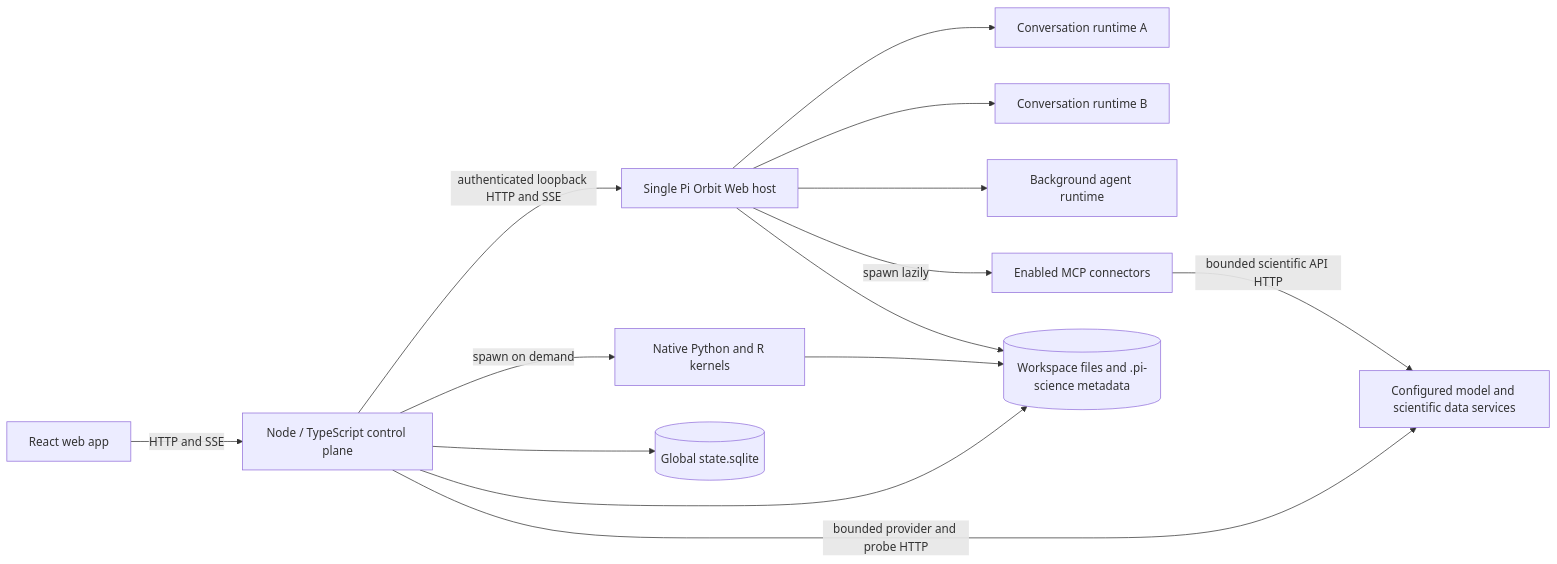
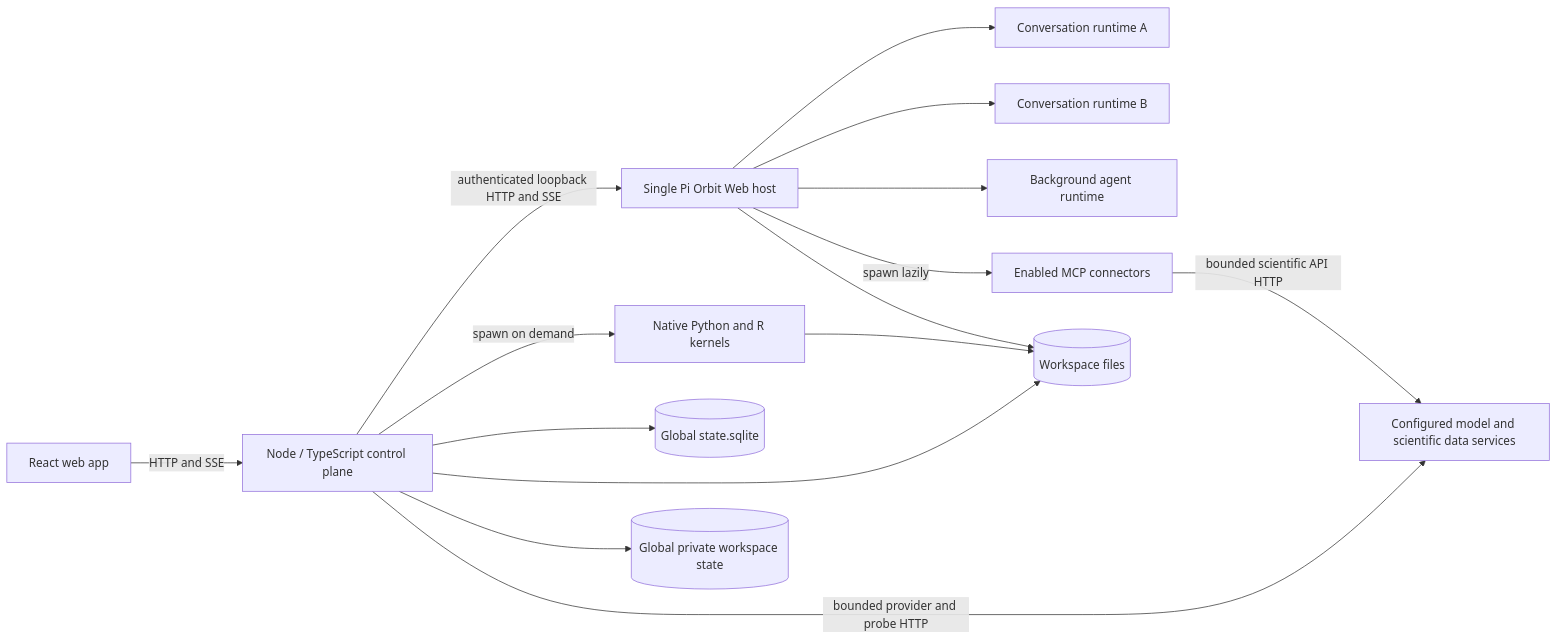
One commit to Garhorne0813/pi-science changed the first of 4 diagrams in docs/architecture.md. Above: the diagram before and after it, drawn with Mermaid. The commit also changed other lines of this file and 65 other files, not shown here.

````diff
--- a/docs/architecture.md
+++ b/docs/architecture.md
@@ -11,16 +11,17 @@
 ```mermaid
 flowchart LR
     UI[React web app] -->|HTTP and SSE| CP[Node / TypeScript control plane]
     CP -->|authenticated loopback HTTP and SSE| PH[Single Pi Orbit Web host]
     PH --> R1[Conversation runtime A]
     PH --> R2[Conversation runtime B]
     PH --> RN[Background agent runtime]
     PH -->|spawn lazily| MCP[Enabled MCP connectors]
     CP -->|spawn on demand| K[Native Python and R kernels]
     CP --> DB[(Global state.sqlite)]
-    CP --> WS[(Workspace files and .pi-science metadata)]
+    CP --> WS[(Workspace files)]
+    CP --> PS[(Global private workspace state)]
     CP -->|bounded provider and probe HTTP| EXT[Configured model and scientific data services]
     MCP -->|bounded scientific API HTTP| EXT
     PH --> WS
     K --> WS
 ```
````
